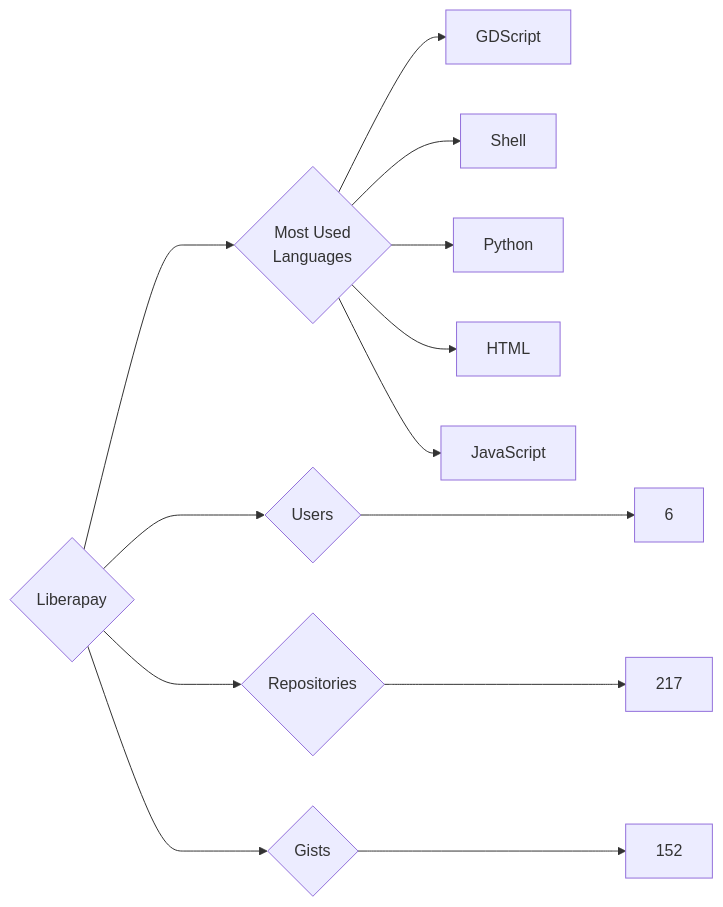
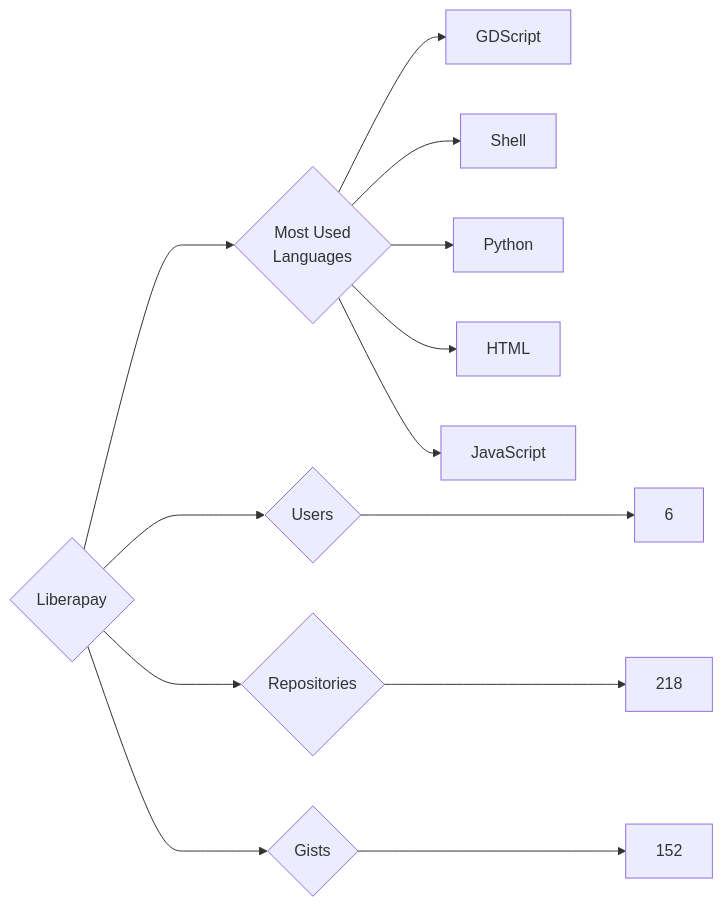
Before and after one commit to trickest/insiders: the diagram in targets/Liberapay/README.md, drawn with Mermaid. The commit also changed 750 other files, not shown here.

````diff
--- a/targets/Liberapay/README.md
+++ b/targets/Liberapay/README.md
@@ -3,13 +3,13 @@
 ```mermaid
 graph LR
 COMPANY_NAME{Liberapay}
 COMPANY_NAME ---> U{Users} ---> UN[6]
-COMPANY_NAME ---> R{Repositories} ---> RN[217]
+COMPANY_NAME ---> R{Repositories} ---> RN[218]
 COMPANY_NAME ---> G{Gists} ---> GN[152]
 COMPANY_NAME ---> ML{Most Used<br>Languages}
 ML --> GDScript[GDScript]
 ML --> Shell[Shell]
 ML --> Python[Python]
 ML --> HTML[HTML]
 ML --> JavaScript[JavaScript]
 ```
````
